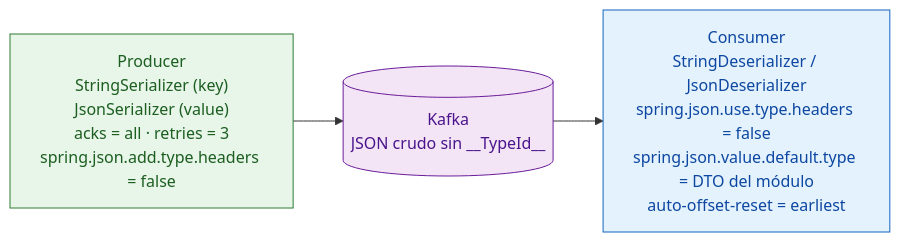
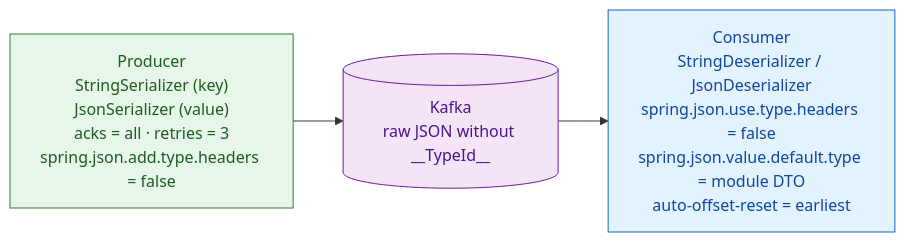
Before and after one commit to carlosgarcia-tech/order-flow: diagram 17 of 31 in README.md, drawn with Mermaid. The commit also changed other lines of this file, not shown here.

````diff
--- a/README.md
+++ b/README.md
@@ -832,9 +832,9 @@
 ```mermaid
 flowchart LR
     classDef a fill:#e8f5e9,stroke:#2e7d32,color:#1b5e20
     classDef b fill:#f3e5f5,stroke:#6a1b9a,color:#4a148c
     classDef c fill:#e3f2fd,stroke:#1565c0,color:#0d47a1
 
-    P["Producer<br/>StringSerializer (key)<br/>JsonSerializer (value)<br/>acks = all · retries = 3<br/>spring.json.add.type.headers = false"]:::a --> B[("Kafka<br/>JSON crudo sin __TypeId__")]:::b
-    B --> C["Consumer<br/>StringDeserializer / JsonDeserializer<br/>spring.json.use.type.headers = false<br/>spring.json.value.default.type = DTO del módulo<br/>auto-offset-reset = earliest"]:::c
+    P["Producer<br/>StringSerializer (key)<br/>JsonSerializer (value)<br/>acks = all · retries = 3<br/>spring.json.add.type.headers = false"]:::a --> B[("Kafka<br/>raw JSON without __TypeId__")]:::b
+    B --> C["Consumer<br/>StringDeserializer / JsonDeserializer<br/>spring.json.use.type.headers = false<br/>spring.json.value.default.type = module DTO<br/>auto-offset-reset = earliest"]:::c
 ```
````
